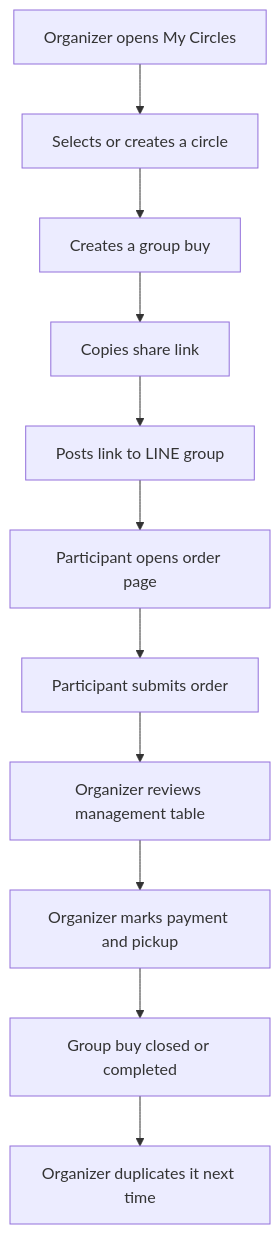
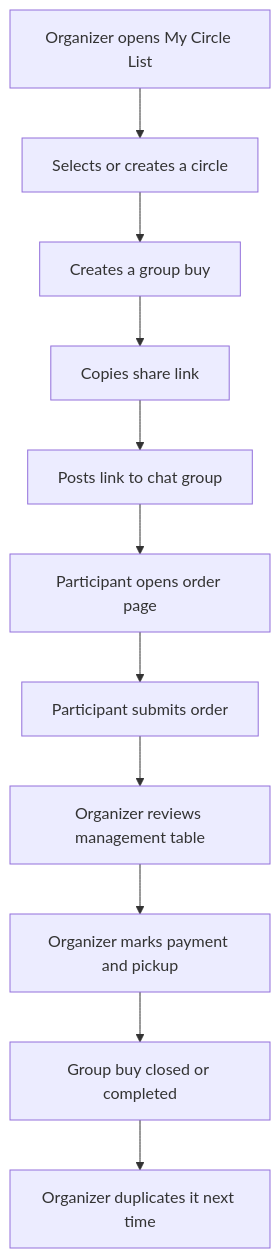
The first of 3 diagrams in docs/wireframes-mvp.md (appsoft1969/circles), drawn with Mermaid before and after one commit. The commit also changed other lines of this file and 36 other files, not shown here.

````diff
--- a/docs/wireframes-mvp.md
+++ b/docs/wireframes-mvp.md
@@ -17,13 +17,13 @@
 ```mermaid
 flowchart TD
-  A["Organizer opens My Circles"] --> B["Selects or creates a circle"]
+  A["Organizer opens My Circle List"] --> B["Selects or creates a circle"]
   B --> C["Creates a group buy"]
   C --> D["Copies share link"]
-  D --> E["Posts link to LINE group"]
+  D --> E["Posts link to chat group"]
   E --> F["Participant opens order page"]
   F --> G["Participant submits order"]
   G --> H["Organizer reviews management table"]
   H --> I["Organizer marks payment and pickup"]
   I --> J["Group buy closed or completed"]
   J --> K["Organizer duplicates it next time"]
 ```
````
